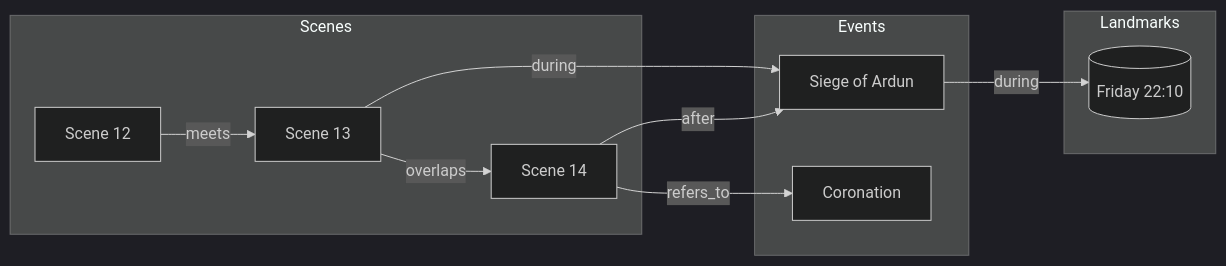
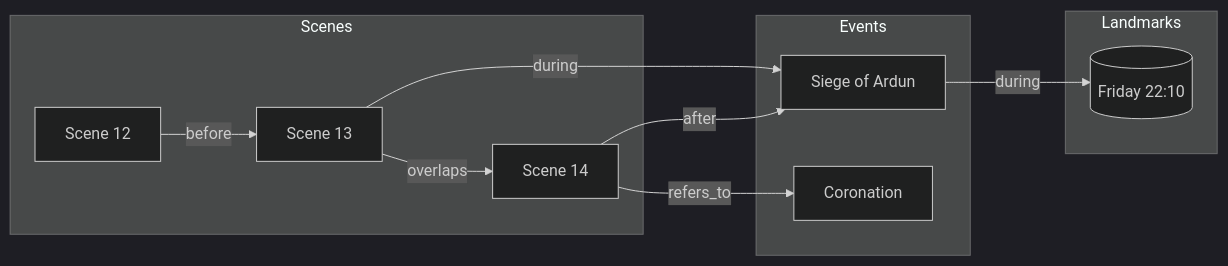
Before and after one commit to chaixdev/lorevault-kb: the fifth of 5 diagrams in docs/concepts/Narrative event DAG.md, drawn with Mermaid (dark theme). The commit also changed other lines of this file and 3 other files, not shown here.

````diff
--- a/docs/concepts/Narrative event DAG.md
+++ b/docs/concepts/Narrative event DAG.md
@@ -231,21 +231,21 @@
 ```mermaid
 graph LR
   subgraph Scenes
-    S1[Scene 12] -- meets --> S2[Scene 13]
+    S1[Scene 12] -- before --> S2[Scene 13]
     S2 -- overlaps --> S3[Scene 14]
   end
 
   subgraph Events
     E1["Siege of Ardun"]
     E2["Coronation"]
   end
 
   subgraph Landmarks
     L1[("Friday 22:10")]
   end
 
   S2 -- during --> E1
   E1 -- during --> L1
   S3 -- after --> E1
   S3 -- refers_to --> E2
 ```
````
